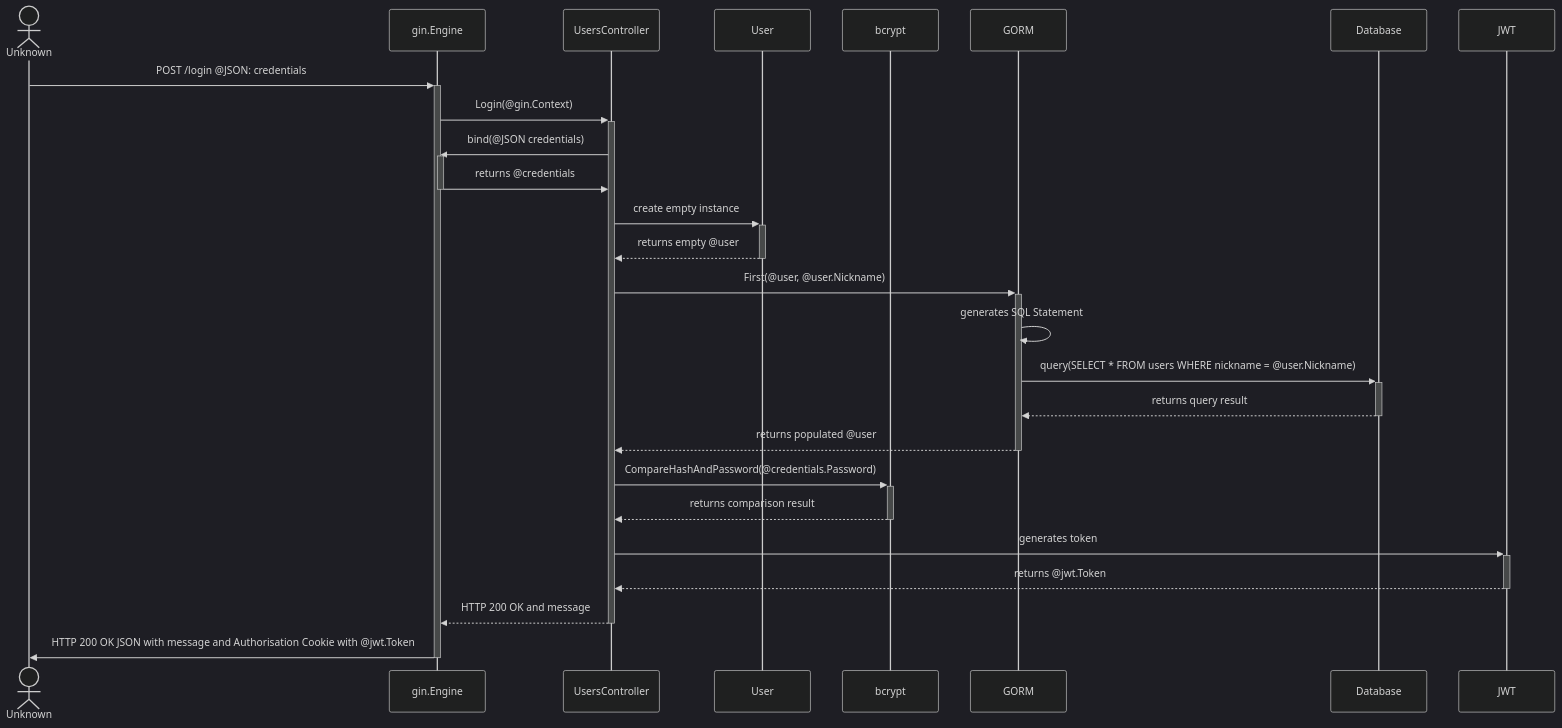
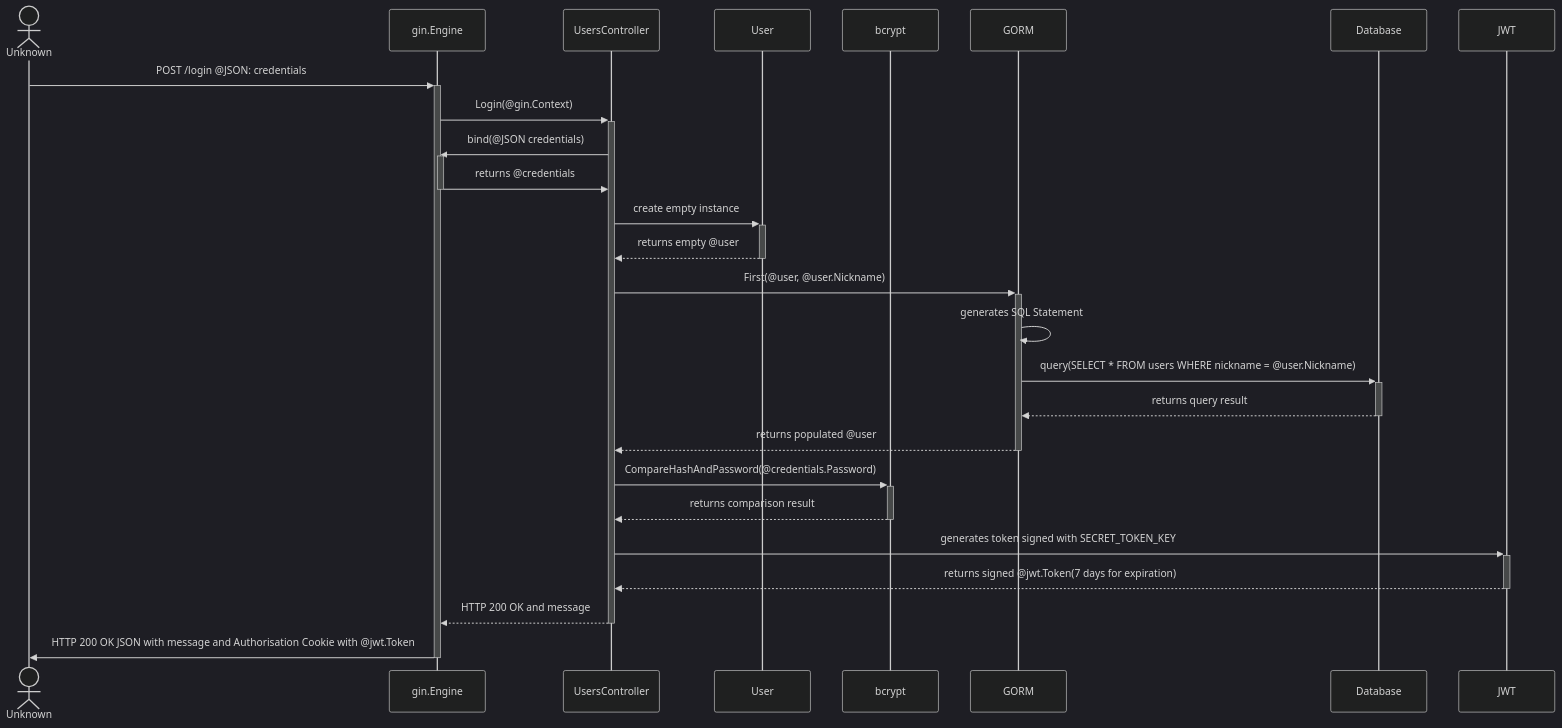
One commit to zatarain/note-vook changed the third of 4 diagrams in README.md. Above: the diagram before and after it, drawn with Mermaid (dark theme). The commit also changed other lines of this file, not shown here.

````diff
--- a/README.md
+++ b/README.md
@@ -174,30 +174,30 @@
 ```mermaid
 sequenceDiagram
 
 actor Unknown
 participant gin.Engine
 participant UsersController
 participant User
 participant bcrypt
 participant GORM
 participant Database
 participant JWT
 
 Unknown->>+gin.Engine: POST /login @JSON: credentials
 gin.Engine->>+UsersController: Login(@gin.Context)
 UsersController->>+gin.Engine: bind(@JSON credentials)
 gin.Engine->>-UsersController: returns @credentials
 UsersController->>+User: create empty instance
 User-->>-UsersController: returns empty @user
 UsersController->>+GORM: First(@user, @user.Nickname)
 GORM->>GORM: generates SQL Statement
 GORM->>+Database: query(SELECT * FROM users WHERE nickname = @user.Nickname)
 Database-->>-GORM: returns query result
 GORM-->>-UsersController: returns populated @user
 UsersController->>+bcrypt: CompareHashAndPassword(@credentials.Password)
 bcrypt-->>-UsersController: returns comparison result
-UsersController->>+JWT: generates token
-JWT-->>-UsersController: returns @jwt.Token
+UsersController->>+JWT: generates token signed with SECRET_TOKEN_KEY
+JWT-->>-UsersController: returns signed @jwt.Token(7 days for expiration)
 UsersController-->>-gin.Engine: HTTP 200 OK and message
 gin.Engine->>-Unknown: HTTP 200 OK JSON with message and Authorisation Cookie with @jwt.Token
 ```
````
